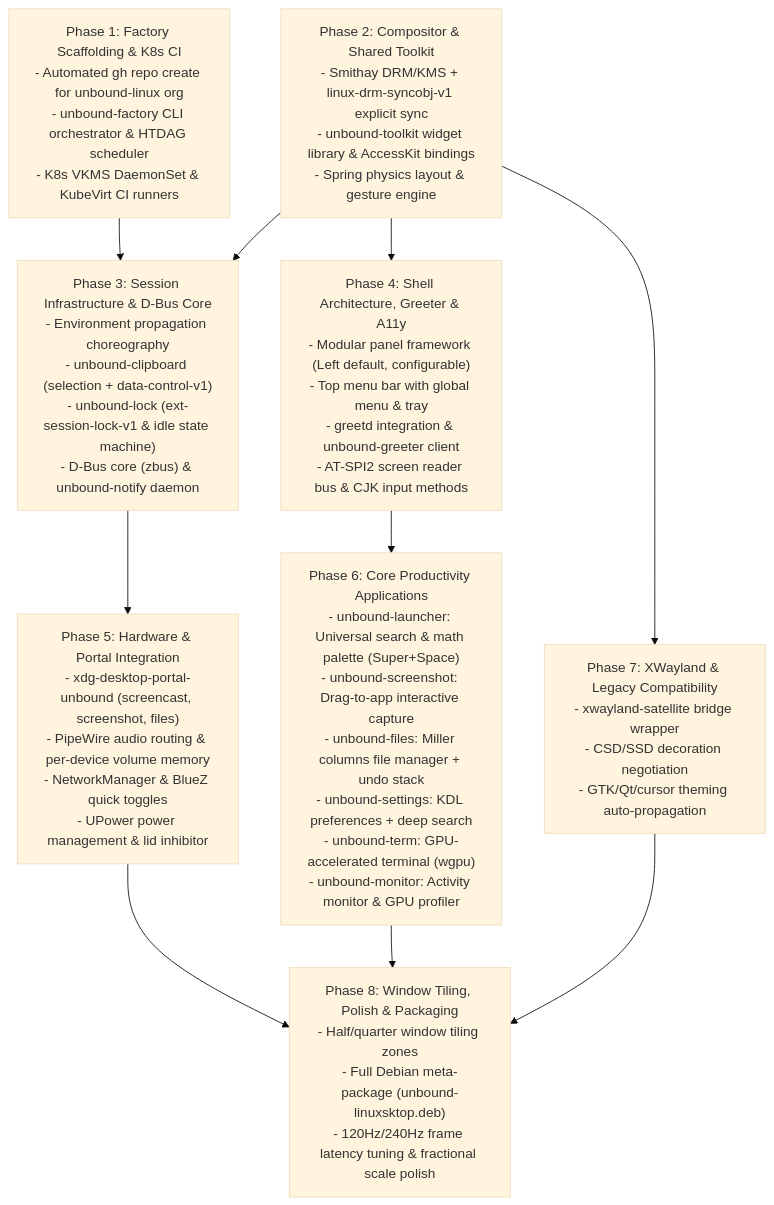
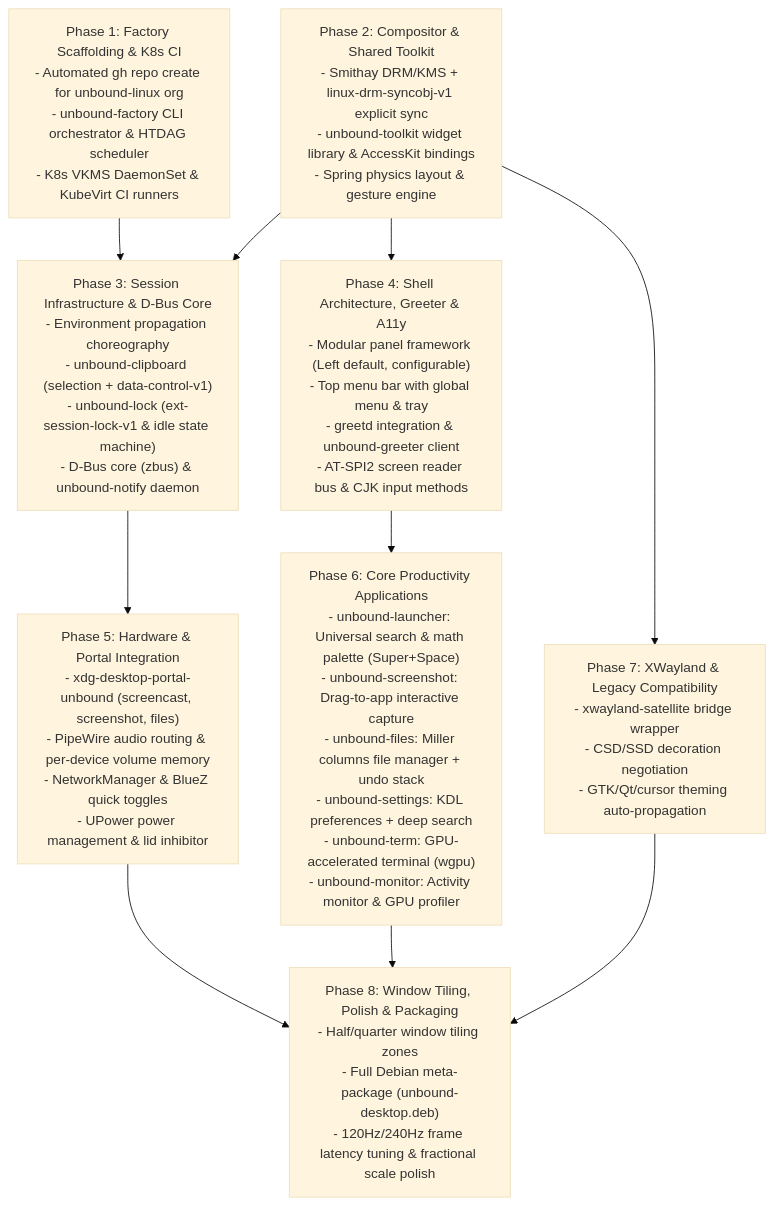
Before and after one commit to bande-linux/desktop: the seventh of 8 diagrams in docs/ARCHITECTURE.md, drawn with Mermaid (base theme). The commit also changed other lines of this file and 1 other file, not shown here.

Commit message:
Fix desktop package name mangled by the rename

````diff
--- a/docs/ARCHITECTURE.md
+++ b/docs/ARCHITECTURE.md
@@ -612,26 +612,26 @@
 ```mermaid
 flowchart TD
     P1["Phase 1: Factory Scaffolding & K8s CI<br/>- Automated gh repo create for unbound-linux org<br/>- unbound-factory CLI orchestrator & HTDAG scheduler<br/>- K8s VKMS DaemonSet & KubeVirt CI runners"]
     
     P2["Phase 2: Compositor & Shared Toolkit<br/>- Smithay DRM/KMS + linux-drm-syncobj-v1 explicit sync<br/>- unbound-toolkit widget library & AccessKit bindings<br/>- Spring physics layout & gesture engine"]
 
     P3["Phase 3: Session Infrastructure & D-Bus Core<br/>- Environment propagation choreography<br/>- unbound-clipboard (selection + data-control-v1)<br/>- unbound-lock (ext-session-lock-v1 & idle state machine)<br/>- D-Bus core (zbus) & unbound-notify daemon"]
 
     P4["Phase 4: Shell Architecture, Greeter & A11y<br/>- Modular panel framework (Left default, configurable)<br/>- Top menu bar with global menu & tray<br/>- greetd integration & unbound-greeter client<br/>- AT-SPI2 screen reader bus & CJK input methods"]
 
     P5["Phase 5: Hardware & Portal Integration<br/>- xdg-desktop-portal-unbound (screencast, screenshot, files)<br/>- PipeWire audio routing & per-device volume memory<br/>- NetworkManager & BlueZ quick toggles<br/>- UPower power management & lid inhibitor"]
 
     P6["Phase 6: Core Productivity Applications<br/>- unbound-launcher: Universal search & math palette (Super+Space)<br/>- unbound-screenshot: Drag-to-app interactive capture<br/>- unbound-files: Miller columns file manager + undo stack<br/>- unbound-settings: KDL preferences + deep search<br/>- unbound-term: GPU-accelerated terminal (wgpu)<br/>- unbound-monitor: Activity monitor & GPU profiler"]
 
     P7["Phase 7: XWayland & Legacy Compatibility<br/>- xwayland-satellite bridge wrapper<br/>- CSD/SSD decoration negotiation<br/>- GTK/Qt/cursor theming auto-propagation"]
 
-    P8["Phase 8: Window Tiling, Polish & Packaging<br/>- Half/quarter window tiling zones<br/>- Full Debian meta-package (unbound-linuxsktop.deb)<br/>- 120Hz/240Hz frame latency tuning & fractional scale polish"]
+    P8["Phase 8: Window Tiling, Polish & Packaging<br/>- Half/quarter window tiling zones<br/>- Full Debian meta-package (unbound-desktop.deb)<br/>- 120Hz/240Hz frame latency tuning & fractional scale polish"]
 
     P1 --> P3
     P2 --> P3
     P2 --> P4
     P3 --> P5
     P4 --> P6
     P2 --> P7
     P5 & P6 & P7 --> P8
 ```
````
